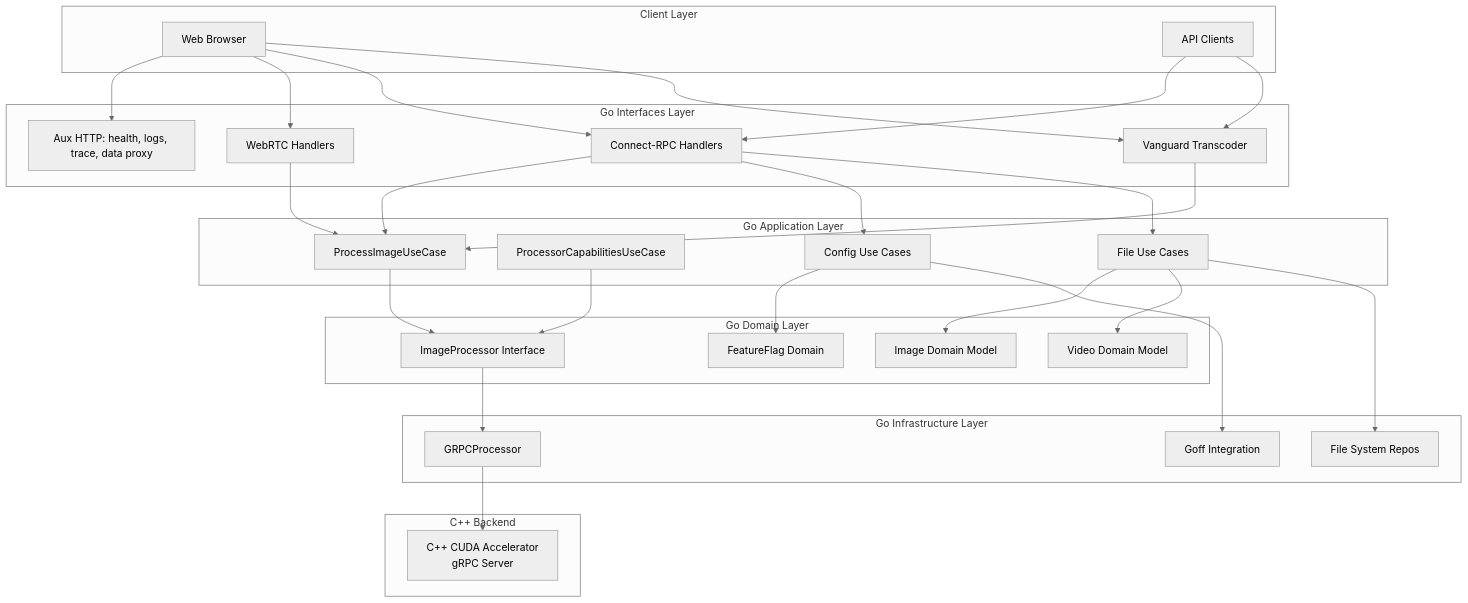
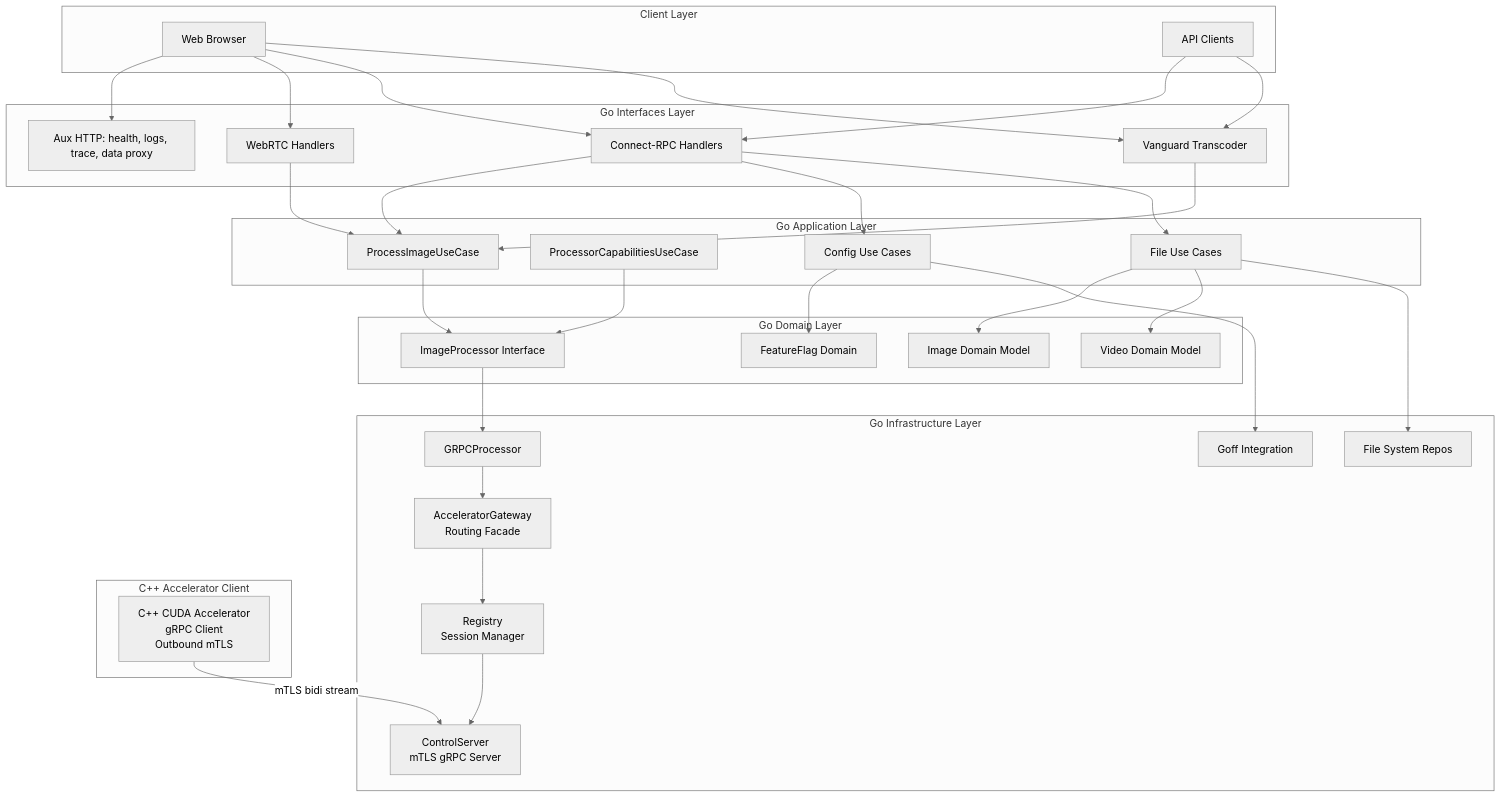
One commit to josnelihurt/learning-cuda changed the first of 10 diagrams in src/go_api/README.md. Above: the diagram before and after it, drawn with Mermaid (neutral theme). The commit also changed other lines of this file and 2 other files, not shown here.

Commit message:
docs: documentation update for the new communication schema

````diff
--- a/src/go_api/README.md
+++ b/src/go_api/README.md
@@ -77,63 +77,70 @@
 ```mermaid
 graph TB
     subgraph "Client Layer"
         Browser[Web Browser]
         API[API Clients]
     end
     
     subgraph "Go Interfaces Layer"
         ConnectRPC[Connect-RPC Handlers]
         WebRTC[WebRTC Handlers]
         AuxHTTP[Aux HTTP: health, logs, trace, data proxy]
         Vanguard[Vanguard Transcoder]
     end
     
     subgraph "Go Application Layer"
         ProcessImageUC[ProcessImageUseCase]
         CapabilitiesUC[ProcessorCapabilitiesUseCase]
         ConfigUC[Config Use Cases]
         FileUC[File Use Cases]
     end
     
     subgraph "Go Domain Layer"
         ImageProcessor[ImageProcessor Interface]
         Image[Image Domain Model]
         Video[Video Domain Model]
         FeatureFlag[FeatureFlag Domain]
     end
     
     subgraph "Go Infrastructure Layer"
         GRPCProcessor[GRPCProcessor]
+        AcceleratorGateway[AcceleratorGateway<br/>Routing Facade]
+        ControlServer[ControlServer<br/>mTLS gRPC Server]
+        Registry[Registry<br/>Session Manager]
         FeatureFlags[Goff Integration]
         FileSystem[File System Repos]
     end
     
-    subgraph "C++ Backend"
-        CppBackend[C++ CUDA Accelerator<br/>gRPC Server]
+    subgraph "C++ Accelerator Client"
+        CppClient[C++ CUDA Accelerator<br/>gRPC Client<br/>Outbound mTLS]
     end
     
     Browser --> AuxHTTP
     Browser --> WebRTC
     Browser --> ConnectRPC
     Browser --> Vanguard
     API --> ConnectRPC
     API --> Vanguard
     
     ConnectRPC --> ProcessImageUC
     ConnectRPC --> ConfigUC
     ConnectRPC --> FileUC
     WebRTC --> ProcessImageUC
     Vanguard --> ProcessImageUC
     
     ProcessImageUC --> ImageProcessor
     CapabilitiesUC --> ImageProcessor
     ConfigUC --> FeatureFlag
     FileUC --> Image
     FileUC --> Video
     
     ImageProcessor --> GRPCProcessor
-    GRPCProcessor --> CppBackend
+    GRPCProcessor --> AcceleratorGateway
+    AcceleratorGateway --> Registry
+    Registry --> ControlServer
+    
+    CppClient -->|mTLS bidi stream| ControlServer
     
     ConfigUC --> FeatureFlags
     FileUC --> FileSystem
 ```
````
